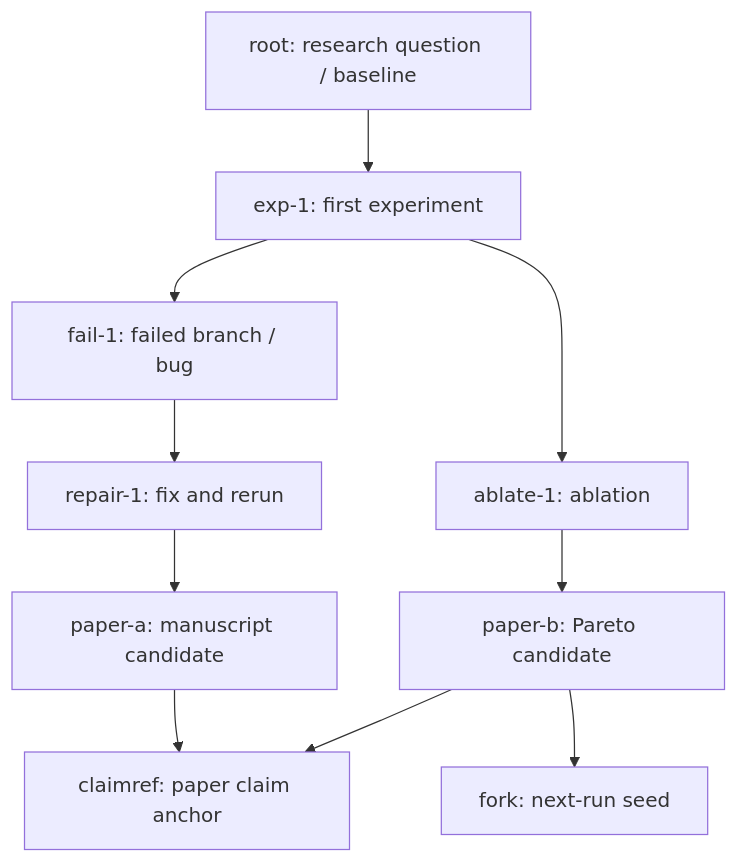
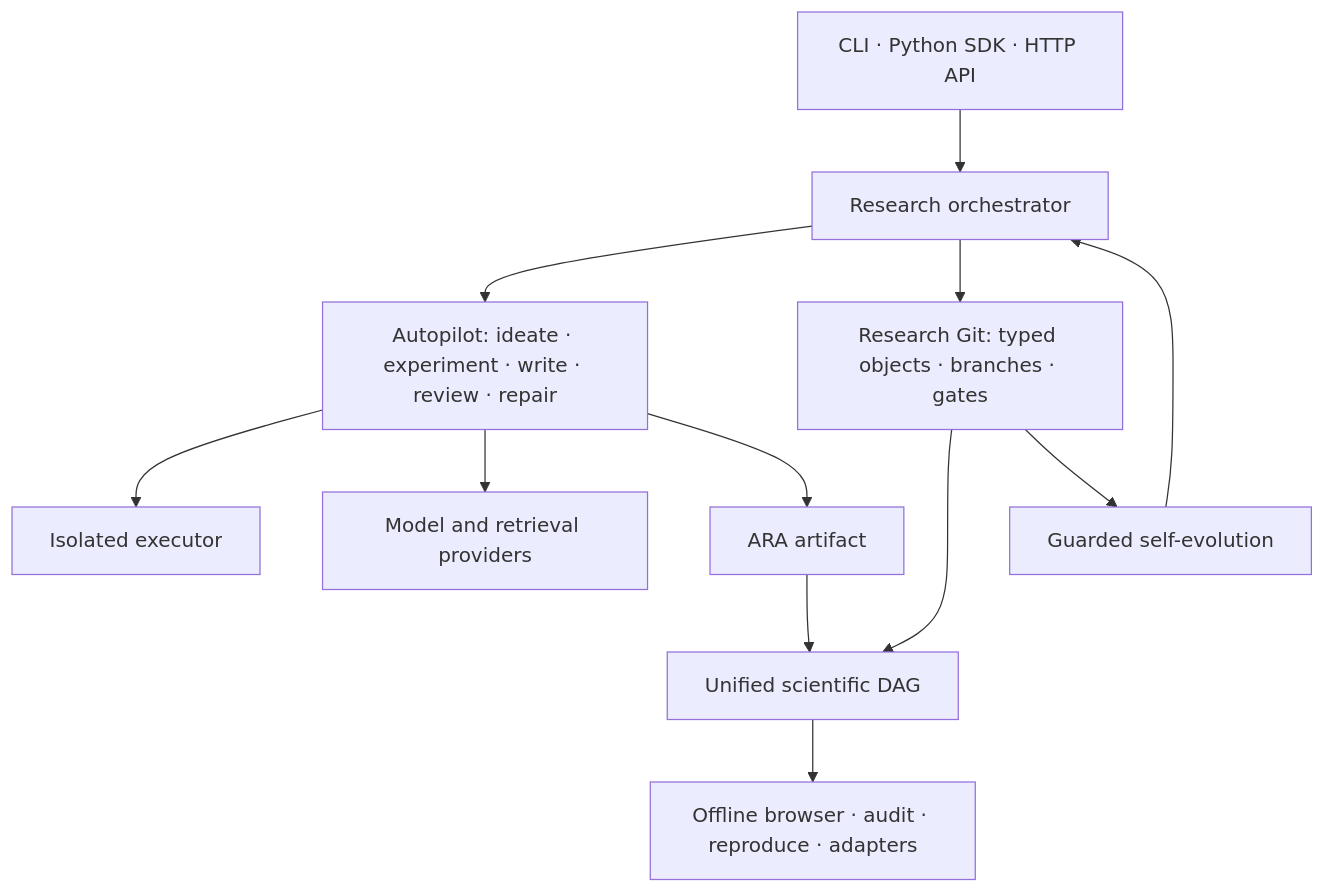
One commit to smileformylove/XScientist changed the second of 2 diagrams in README.md. Above: the diagram before and after it, drawn with Mermaid. The commit also changed other lines of this file and 2 other files, not shown here.

Commit message:
docs: redesign README for first-run adoption

````diff
--- a/README.md
+++ b/README.md
@@ -921,22 +307,14 @@
 ```mermaid
-flowchart TD
-  root["root: research question / baseline"]
-  exp1["exp-1: first experiment"]
-  fail1["fail-1: failed branch / bug"]
-  repair1["repair-1: fix and rerun"]
-  ablate1["ablate-1: ablation"]
-  candidate1["paper-a: manuscript candidate"]
-  candidate2["paper-b: Pareto candidate"]
-  claim1["claimref: paper claim anchor"]
-  fork1["fork: next-run seed"]
-
-  root --> exp1
-  exp1 --> fail1
-  fail1 --> repair1
-  exp1 --> ablate1
-  repair1 --> candidate1
-  ablate1 --> candidate2
-  candidate1 --> claim1
-  candidate2 --> claim1
-  candidate2 --> fork1
+flowchart TB
+  U["CLI · Python SDK · HTTP API"] --> O["Research orchestrator"]
+  O --> A["Autopilot: ideate · experiment · write · review · repair"]
+  O --> RG["Research Git: typed objects · branches · gates"]
+  A --> EX["Isolated executor"]
+  A --> M["Model and retrieval providers"]
+  A --> ARA["ARA artifact"]
+  RG --> DAG["Unified scientific DAG"]
+  ARA --> DAG
+  DAG --> V["Offline browser · audit · reproduce · adapters"]
+  RG --> EV["Guarded self-evolution"]
+  EV --> O
 ```
````
